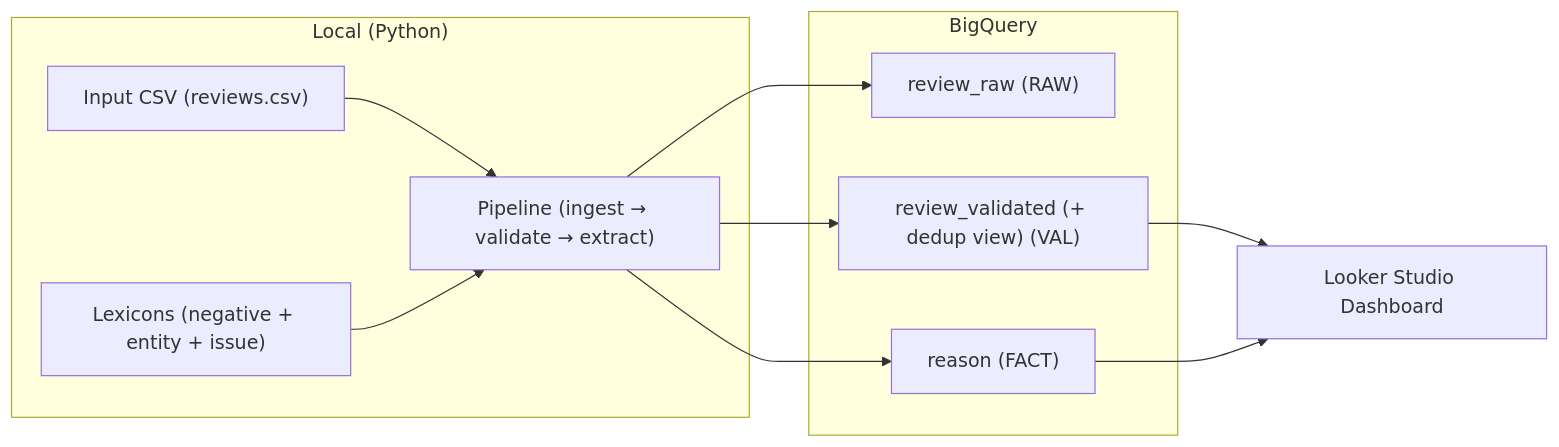
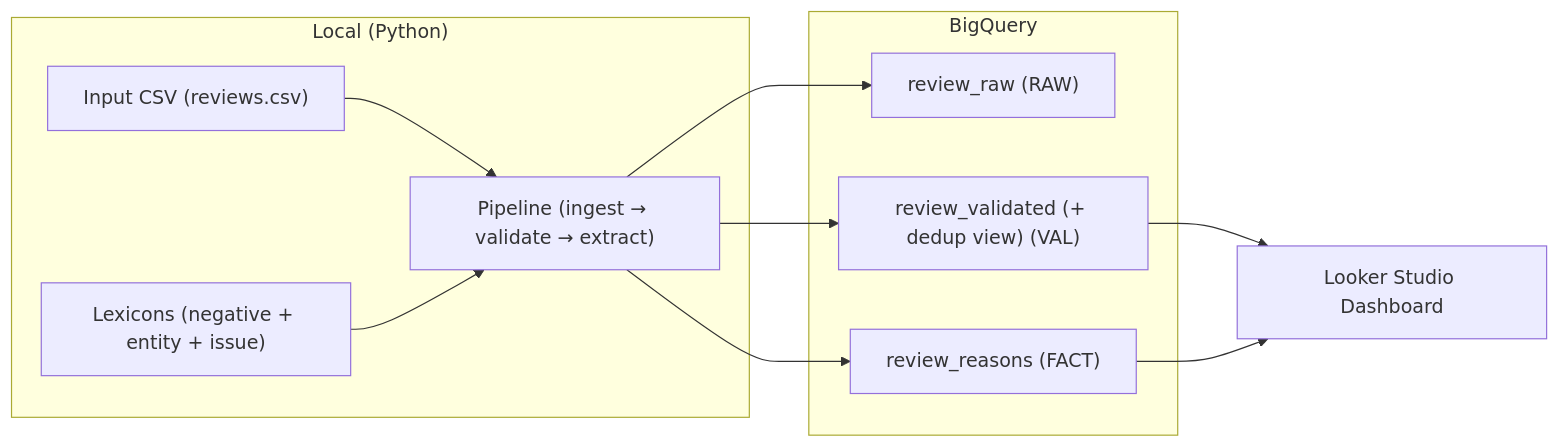
The diagram in README.md (yshio2117/review-insight-data-pipeline), drawn with Mermaid before and after one commit. The commit also changed 9 other files, not shown here.

````diff
--- a/README.md
+++ b/README.md
@@ -30,26 +30,26 @@
 ```mermaid
 flowchart LR
   subgraph Local["Local (Python)"]
     CSV["Input CSV (reviews.csv)"]
     LEX["Lexicons (negative + entity + issue)"]
     PIPE["Pipeline (ingest → validate → extract)"]
   end
 
   subgraph BQ["BigQuery"]
     RAW["review_raw (RAW)"]
     VAL["review_validated (+ dedup view) (VAL)"]
-    FACT["reason (FACT)"]
+    FACT["review_reasons (FACT)"]
   end
 
   DASH["Looker Studio Dashboard"]
 
   CSV --> PIPE
   LEX --> PIPE
 
   PIPE --> RAW
   PIPE --> VAL
   PIPE --> FACT
 
   VAL --> DASH
   FACT --> DASH
 ```
````
